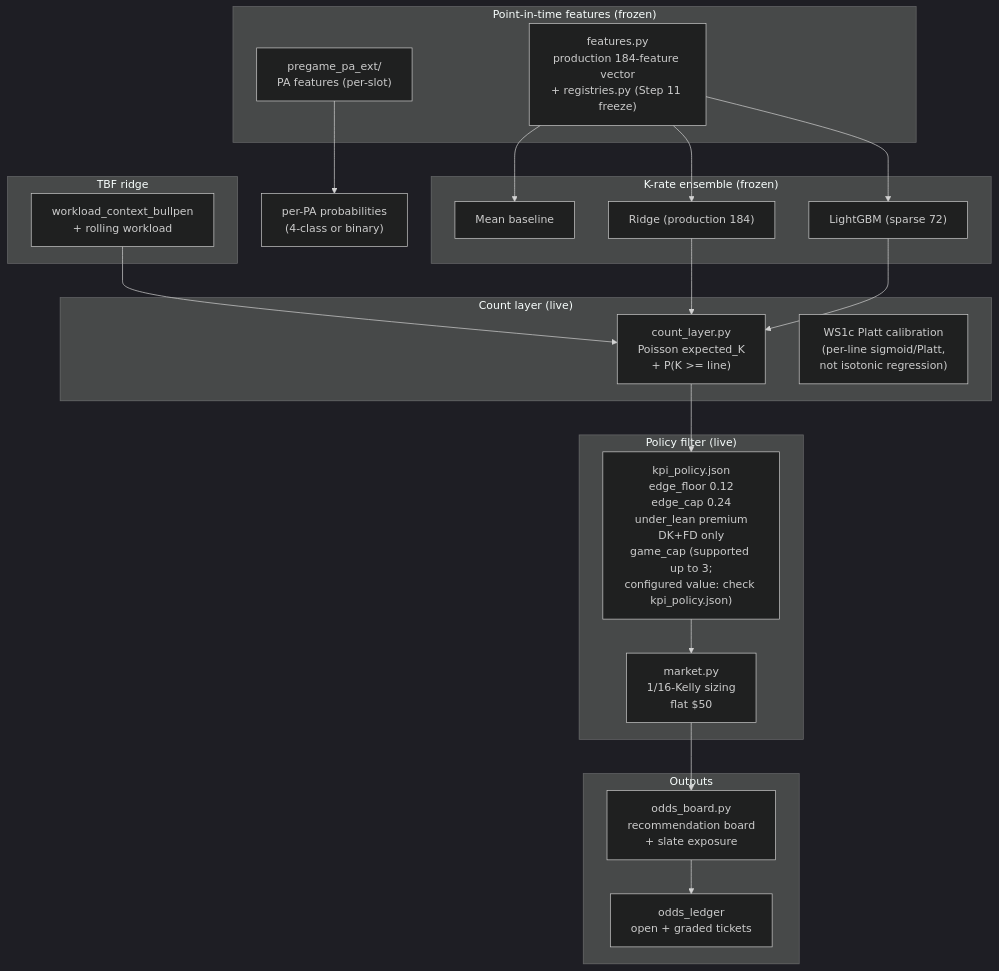
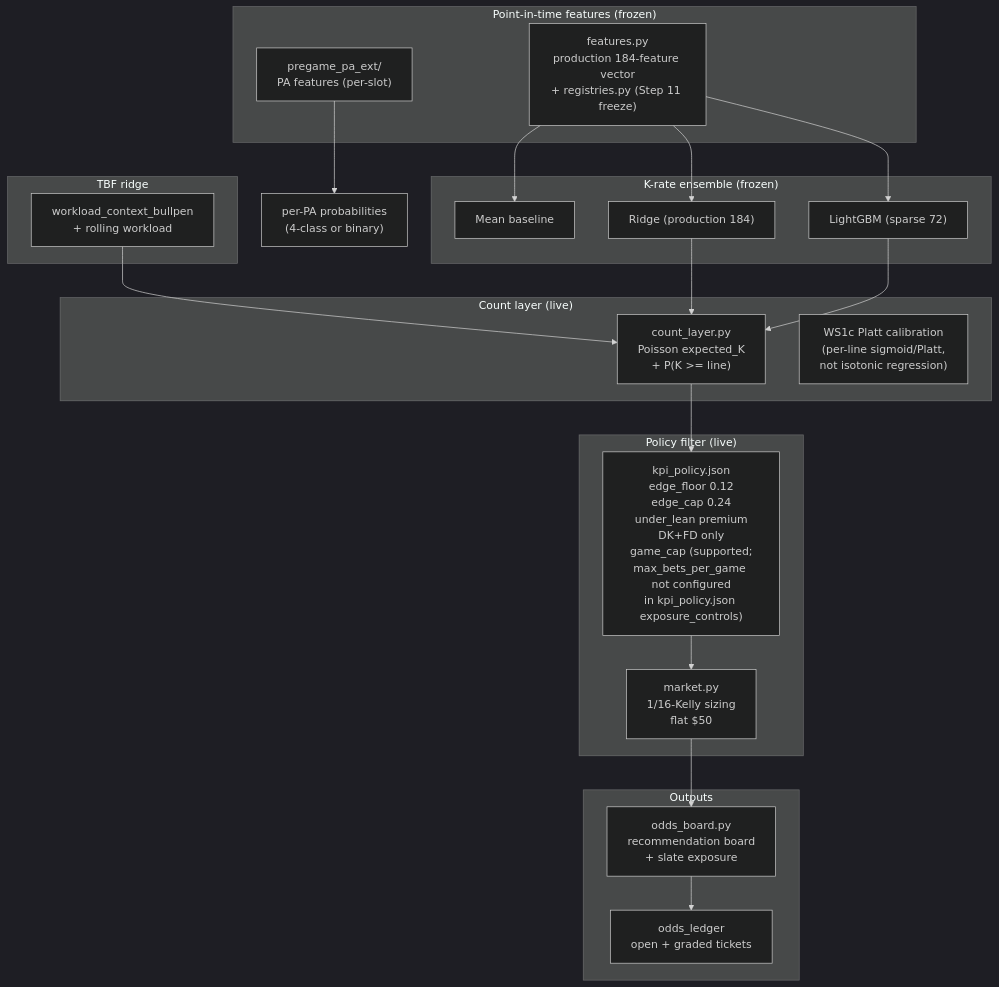
Before and after one commit to Cbkaplinger/MLB-Props: the diagram in docs/diagrams/17-model-pipeline.md, drawn with Mermaid (dark theme).

Commit message:
docs(cleanup): precise game_cap status + separate decision-flip from market-matching concerns - diagram 17: game_cap labeled as supported but max_bets_per_game NOT configured in kpi_policy.json exposure_controls (accurate); DECISIONS D2: decision-flip status (reported/not verified) separated from market matching status (under audit, suspected ±1-day failure mode, existing scores quarantined); handoff PR-cap text updated to reflect current state (no stale #33/#37 references)

````diff
--- a/docs/diagrams/17-model-pipeline.md
+++ b/docs/diagrams/17-model-pipeline.md
@@ -6,42 +6,42 @@
 ```mermaid
 flowchart TB
     subgraph FEATURES["Point-in-time features (frozen)"]
         F1["features.py<br/>production 184-feature vector<br/>+ registries.py (Step 11 freeze)"]
         F2["pregame_pa_ext/<br/>PA features (per-slot)"]
     end
 
     subgraph KRATE["K-rate ensemble (frozen)"]
         K1["Mean baseline"]
         K2["Ridge (production 184)"]
         K3["LightGBM (sparse 72)"]
     end
 
     subgraph TBF["TBF ridge"]
         T1["workload_context_bullpen<br/>+ rolling workload"]
     end
 
     subgraph COUNT["Count layer (live)"]
         C1["count_layer.py<br/>Poisson expected_K<br/>+ P(K >= line)"]
         C2["WS1c Platt calibration<br/>(per-line sigmoid/Platt,<br/>not isotonic regression)"]
     end
 
     subgraph POLICY["Policy filter (live)"]
-        P1["kpi_policy.json<br/>edge_floor 0.12<br/>edge_cap 0.24<br/>under_lean premium<br/>DK+FD only<br/>game_cap (supported up to 3;<br/>configured value: check kpi_policy.json)"]
+        P1["kpi_policy.json<br/>edge_floor 0.12<br/>edge_cap 0.24<br/>under_lean premium<br/>DK+FD only<br/>game_cap (supported;<br/>max_bets_per_game not configured<br/>in kpi_policy.json exposure_controls)"]
         P2["market.py<br/>1/16-Kelly sizing<br/-> flat $50"]
     end
 
     subgraph OUTPUT["Outputs"]
         O1["odds_board.py<br/>recommendation board<br/>+ slate exposure"]
         O2["odds_ledger<br/>open + graded tickets"]
     end
 
     F1 --> K1
     F1 --> K2
     F1 --> K3
     F2 --> PA["per-PA probabilities<br/>(4-class or binary)"]
     T1 --> C1
     K2 --> C1
     K3 --> C1
     C1 --> P1 --> P2 --> O1
     O1 --> O2
 ```
````
